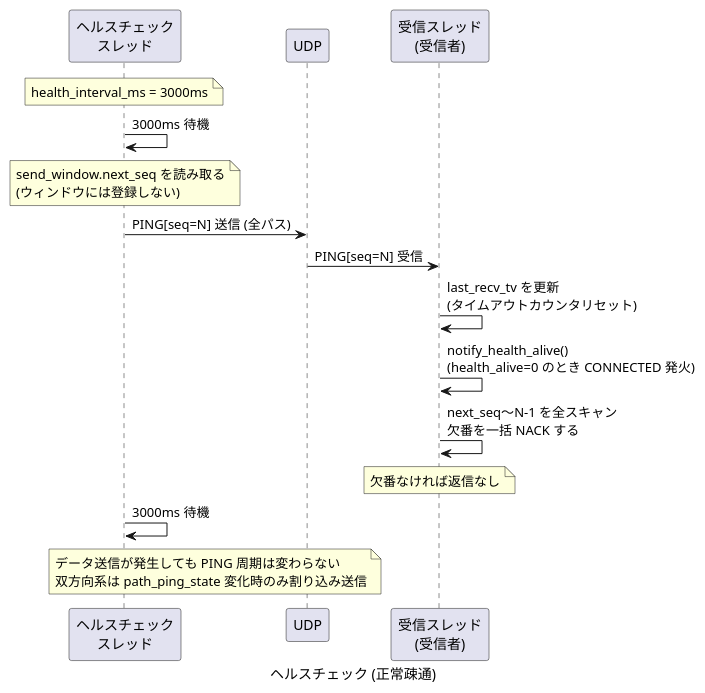
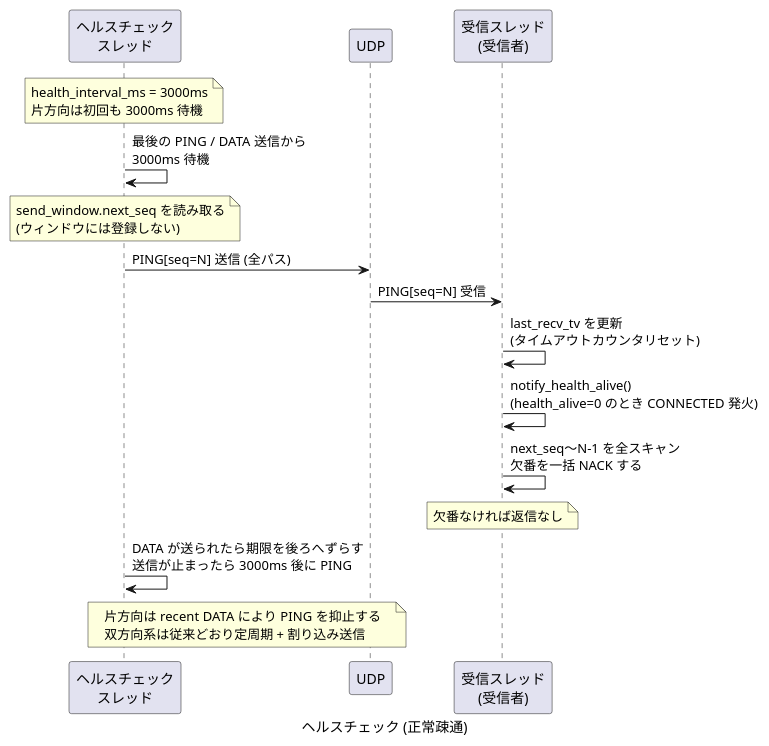
The tenth of 29 diagrams in app/porter/docs/sequence.md (Hondarer/c-modernization-kit), drawn with PlantUML before and after one commit. The commit also changed other lines of this file and 11 other files, not shown here.

Commit message:
porter: suppress one-way sender ping after valid data send

````diff
--- a/app/porter/docs/sequence.md
+++ b/app/porter/docs/sequence.md
@@ -362,26 +362,26 @@
 ```plantuml
 @startuml ヘルスチェック (正常疎通)
 caption ヘルスチェック (正常疎通)
 
 participant "ヘルスチェック\nスレッド" as HT
 participant "UDP" as UDP
 participant "受信スレッド\n(受信者)" as RRT
 
-note over HT: health_interval_ms = 3000ms
+note over HT: health_interval_ms = 3000ms\n片方向は初回も 3000ms 待機
 
-HT -> HT: 3000ms 待機
+HT -> HT: 最後の PING / DATA 送信から\n3000ms 待機
 note over HT: send_window.next_seq を読み取る\n(ウィンドウには登録しない)
 HT -> UDP: PING[seq=N] 送信 (全パス)
 
 UDP -> RRT: PING[seq=N] 受信
 RRT -> RRT: last_recv_tv を更新\n(タイムアウトカウンタリセット)
 RRT -> RRT: notify_health_alive()\n(health_alive=0 のとき CONNECTED 発火)
 RRT -> RRT: next_seq〜N-1 を全スキャン\n欠番を一括 NACK する
 note over RRT: 欠番なければ返信なし
 
-HT -> HT: 3000ms 待機
+HT -> HT: DATA が送られたら期限を後ろへずらす\n送信が止まったら 3000ms 後に PING
 
-note over HT, UDP: データ送信が発生しても PING 周期は変わらない\n双方向系は path_ping_state 変化時のみ割り込み送信
+note over HT, UDP: 片方向は recent DATA により PING を抑止する\n双方向系は従来どおり定周期 + 割り込み送信
 
 @enduml
 ```
````
